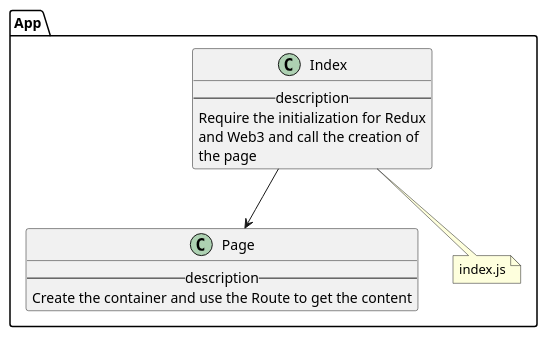
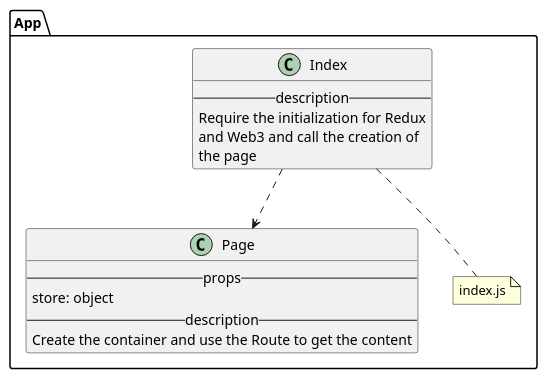
One commit to M9k/Marvin-Uml changed the diagram in react/app/index.iuml. Above: the diagram before and after it, drawn with PlantUML.

Commit message:
Aggiunto passaggio store come props a Page

```diff
--- a/react/app/index.iuml
+++ b/react/app/index.iuml
@@ -1,16 +1,18 @@
 package App {
 
     class Index {
     --description--
         Require the initialization for Redux
         and Web3 and call the creation of
         the page
     } 
     class Page {
-    --description--
+	--props--
+	store: object
+	--description--
         Create the container and use the Route to get the content
     } 
-	Index --> Page
+	Index ..> Page
 
 note bottom of Index : index.js
 }
```
